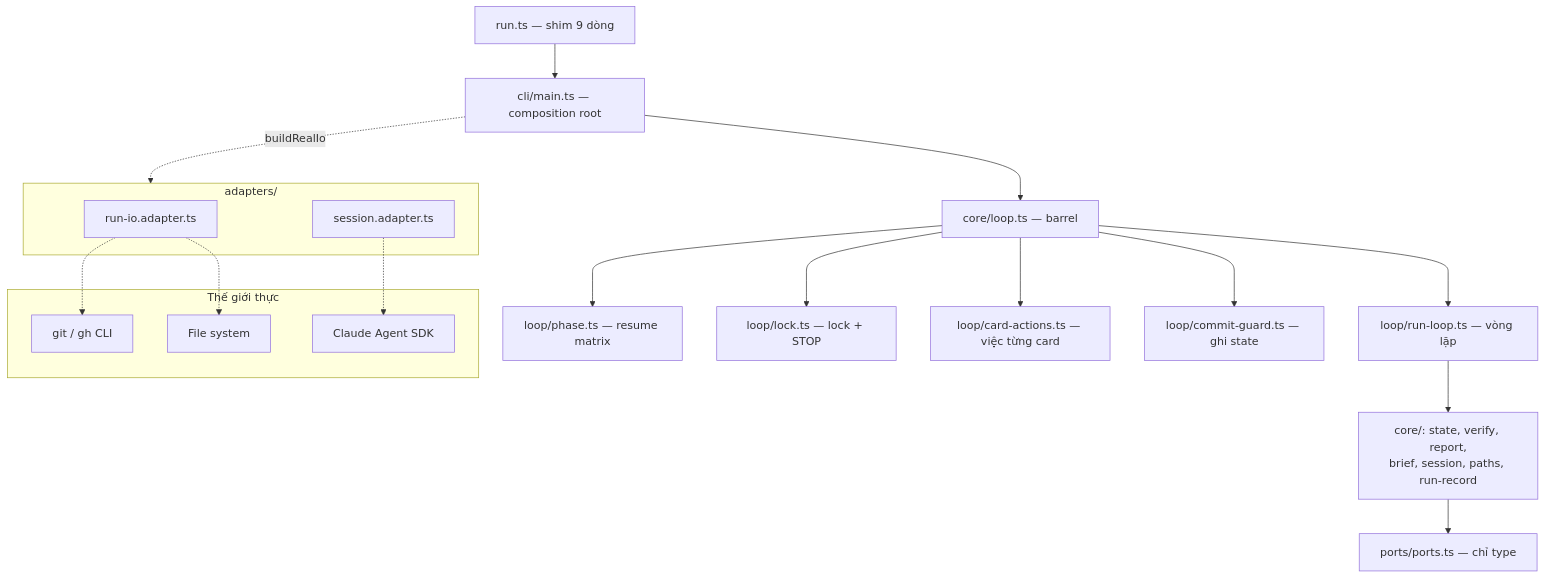
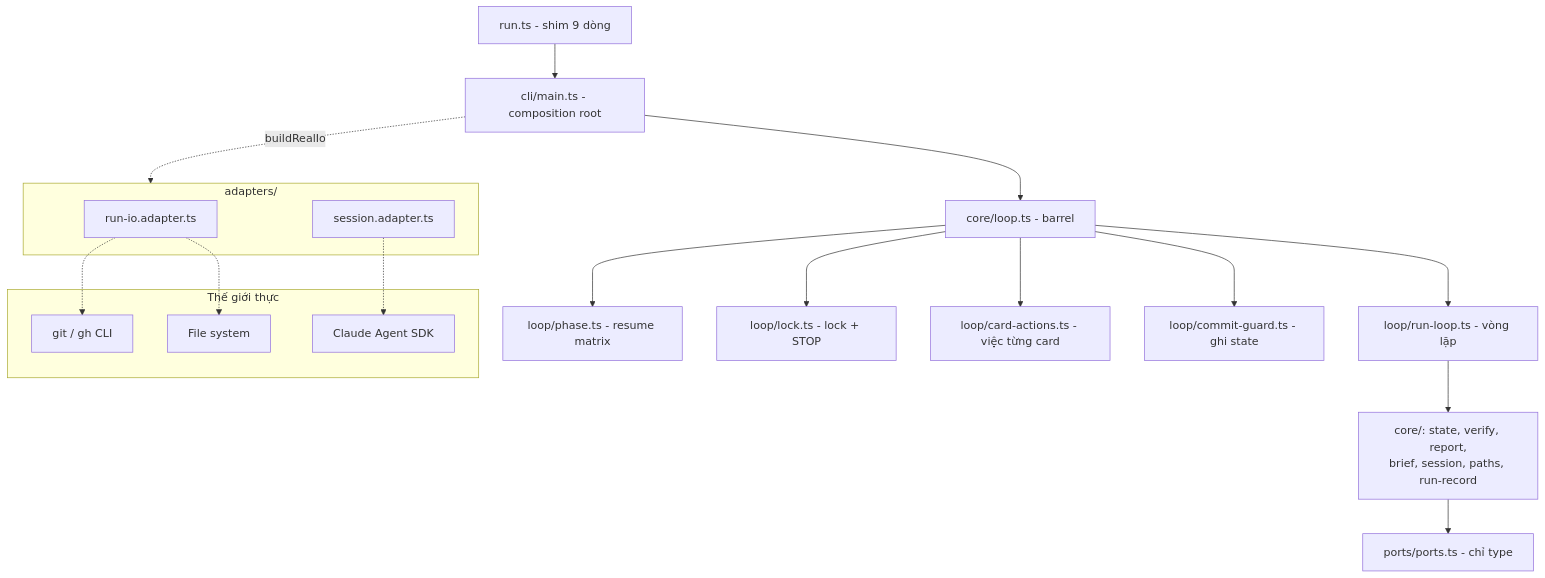
One commit to hieplam/memo changed the third of 3 diagrams in src/content/posts/campaign-runner-ports-adapters-debug-vi.md. Above: the diagram before and after it, drawn with Mermaid. The commit also changed other lines of this file and 131 other files, not shown here.

````diff
--- a/src/content/posts/campaign-runner-ports-adapters-debug-vi.md
+++ b/src/content/posts/campaign-runner-ports-adapters-debug-vi.md
@@ -344,25 +344,25 @@
 ```mermaid
 flowchart TB
   subgraph WORLD["Thế giới thực"]
     GIT["git / gh CLI"]
     FS["File system"]
     SDK["Claude Agent SDK"]
   end
-  RUN["run.ts — shim 9 dòng"] --> CLI["cli/main.ts — composition root"]
-  CLI --> LOOP["core/loop.ts — barrel"]
+  RUN["run.ts - shim 9 dòng"] --> CLI["cli/main.ts - composition root"]
+  CLI --> LOOP["core/loop.ts - barrel"]
   CLI -.->|buildRealIo| ADP
-  LOOP --> L1["loop/run-loop.ts — vòng lặp"]
-  LOOP --> L2["loop/phase.ts — resume matrix"]
-  LOOP --> L3["loop/lock.ts — lock + STOP"]
-  LOOP --> L4["loop/card-actions.ts — việc từng card"]
-  LOOP --> L5["loop/commit-guard.ts — ghi state"]
+  LOOP --> L1["loop/run-loop.ts - vòng lặp"]
+  LOOP --> L2["loop/phase.ts - resume matrix"]
+  LOOP --> L3["loop/lock.ts - lock + STOP"]
+  LOOP --> L4["loop/card-actions.ts - việc từng card"]
+  LOOP --> L5["loop/commit-guard.ts - ghi state"]
   L1 --> CORE["core/: state, verify, report,<br/>brief, session, paths, run-record"]
-  CORE --> PORTS["ports/ports.ts — chỉ type"]
+  CORE --> PORTS["ports/ports.ts - chỉ type"]
   subgraph ADP["adapters/"]
     A1["run-io.adapter.ts"]
     A2["session.adapter.ts"]
   end
   A1 -.-> GIT
   A1 -.-> FS
   A2 -.-> SDK
 ```
````
